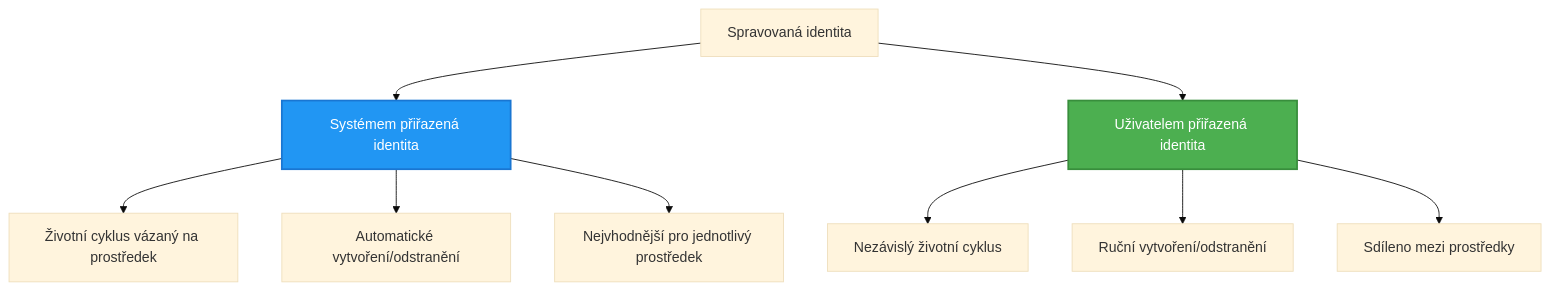
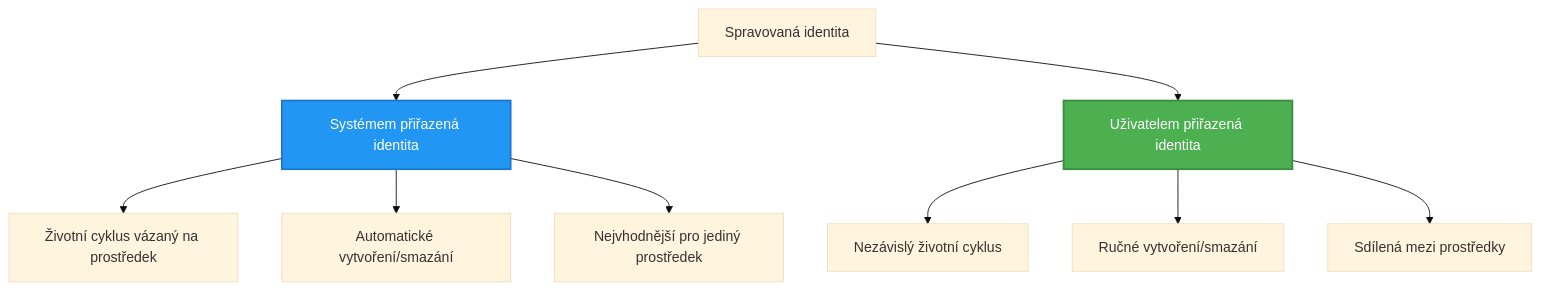
One commit to microsoft/AZD-for-beginners changed the second of 2 diagrams in translations/cs/docs/chapter-03-configuration/authsecurity.md. Above: the diagram before and after it, drawn with Mermaid (base theme). The commit also changed other lines of this file and 104 other files, not shown here.

````diff
--- a/translations/cs/docs/chapter-03-configuration/authsecurity.md
+++ b/translations/cs/docs/chapter-03-configuration/authsecurity.md
@@ -97,20 +98,20 @@
 ```mermaid
 graph TB
     MI[Spravovaná identita]
     SystemAssigned[Systémem přiřazená identita]
     UserAssigned[Uživatelem přiřazená identita]
     
     MI --> SystemAssigned
     MI --> UserAssigned
     
     SystemAssigned --> SA1[Životní cyklus vázaný na prostředek]
-    SystemAssigned --> SA2[Automatické vytvoření/odstranění]
-    SystemAssigned --> SA3[Nejvhodnější pro jednotlivý prostředek]
+    SystemAssigned --> SA2[Automatické vytvoření/smazání]
+    SystemAssigned --> SA3[Nejvhodnější pro jediný prostředek]
     
     UserAssigned --> UA1[Nezávislý životní cyklus]
-    UserAssigned --> UA2[Ruční vytvoření/odstranění]
-    UserAssigned --> UA3[Sdíleno mezi prostředky]
+    UserAssigned --> UA2[Ručné vytvoření/smazání]
+    UserAssigned --> UA3[Sdílená mezi prostředky]
     
     style SystemAssigned fill:#2196F3,stroke:#1976D2,stroke-width:2px,color:#fff
     style UserAssigned fill:#4CAF50,stroke:#388E3C,stroke-width:2px,color:#fff
 ```
````
